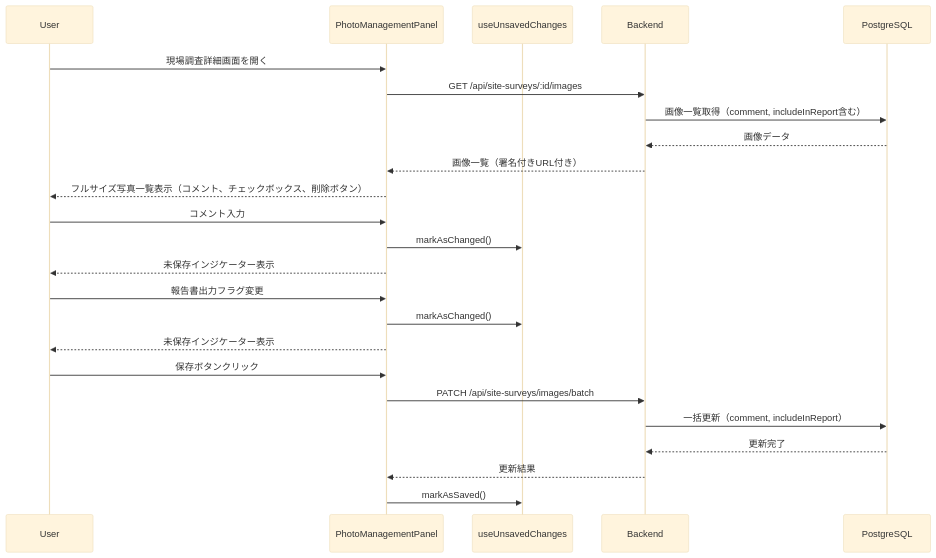
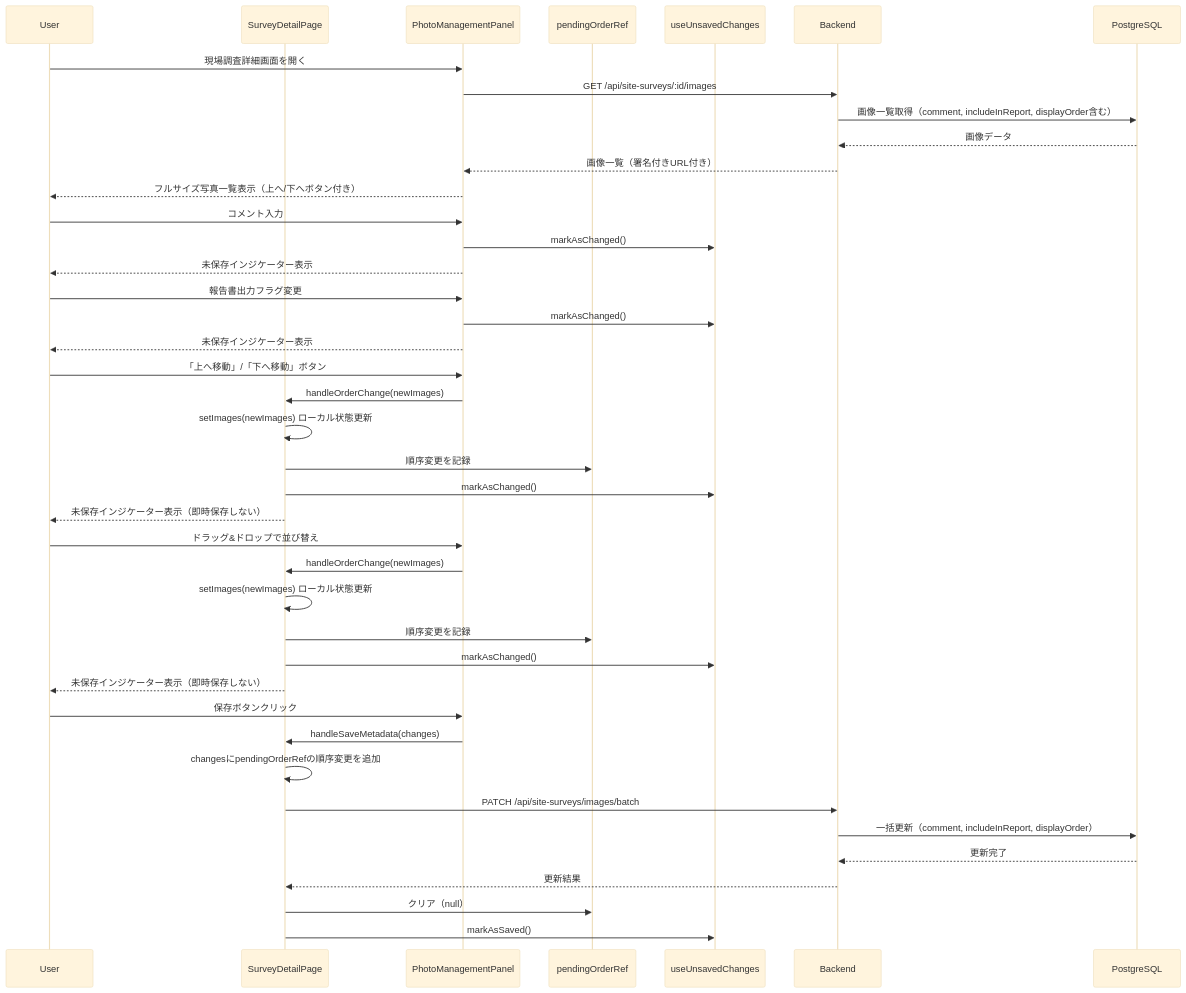
One commit to inakanou/ArchiTrack changed the fifth of 10 diagrams in .kiro/specs/site-survey/design.md. Above: the diagram before and after it, drawn with Mermaid (base theme). The commit also changed other lines of this file and 5 other files, not shown here.

````diff
--- a/.kiro/specs/site-survey/design.md
+++ b/.kiro/specs/site-survey/design.md
@@ -256,30 +256,49 @@
 ```mermaid
 sequenceDiagram
     participant User
+    participant SurveyDetailPage
     participant PhotoManagementPanel
+    participant pendingOrderRef
     participant useUnsavedChanges
     participant Backend
     participant PostgreSQL
 
     User->>PhotoManagementPanel: 現場調査詳細画面を開く
     PhotoManagementPanel->>Backend: GET /api/site-surveys/:id/images
-    Backend->>PostgreSQL: 画像一覧取得（comment, includeInReport含む）
+    Backend->>PostgreSQL: 画像一覧取得（comment, includeInReport, displayOrder含む）
     PostgreSQL-->>Backend: 画像データ
     Backend-->>PhotoManagementPanel: 画像一覧（署名付きURL付き）
-    PhotoManagementPanel-->>User: フルサイズ写真一覧表示（コメント、チェックボックス、削除ボタン）
+    PhotoManagementPanel-->>User: フルサイズ写真一覧表示（上へ/下へボタン付き）
 
     User->>PhotoManagementPanel: コメント入力
     PhotoManagementPanel->>useUnsavedChanges: markAsChanged()
     PhotoManagementPanel-->>User: 未保存インジケーター表示
 
     User->>PhotoManagementPanel: 報告書出力フラグ変更
     PhotoManagementPanel->>useUnsavedChanges: markAsChanged()
     PhotoManagementPanel-->>User: 未保存インジケーター表示
 
+    User->>PhotoManagementPanel: 「上へ移動」/「下へ移動」ボタン
+    PhotoManagementPanel->>SurveyDetailPage: handleOrderChange(newImages)
+    SurveyDetailPage->>SurveyDetailPage: setImages(newImages) ローカル状態更新
+    SurveyDetailPage->>pendingOrderRef: 順序変更を記録
+    SurveyDetailPage->>useUnsavedChanges: markAsChanged()
+    SurveyDetailPage-->>User: 未保存インジケーター表示（即時保存しない）
+
+    User->>PhotoManagementPanel: ドラッグ&ドロップで並び替え
+    PhotoManagementPanel->>SurveyDetailPage: handleOrderChange(newImages)
+    SurveyDetailPage->>SurveyDetailPage: setImages(newImages) ローカル状態更新
+    SurveyDetailPage->>pendingOrderRef: 順序変更を記録
+    SurveyDetailPage->>useUnsavedChanges: markAsChanged()
+    SurveyDetailPage-->>User: 未保存インジケーター表示（即時保存しない）
+
     User->>PhotoManagementPanel: 保存ボタンクリック
-    PhotoManagementPanel->>Backend: PATCH /api/site-surveys/images/batch
-    Backend->>PostgreSQL: 一括更新（comment, includeInReport）
+    PhotoManagementPanel->>SurveyDetailPage: handleSaveMetadata(changes)
+    SurveyDetailPage->>SurveyDetailPage: changesにpendingOrderRefの順序変更を追加
+    SurveyDetailPage->>Backend: PATCH /api/site-surveys/images/batch
+    Backend->>PostgreSQL: 一括更新（comment, includeInReport, displayOrder）
     PostgreSQL-->>Backend: 更新完了
-    Backend-->>PhotoManagementPanel: 更新結果
-    PhotoManagementPanel->>useUnsavedChanges: markAsSaved()
+    Backend-->>SurveyDetailPage: 更新結果
+    SurveyDetailPage->>pendingOrderRef: クリア（null）
+    SurveyDetailPage->>useUnsavedChanges: markAsSaved()
 ```
````
